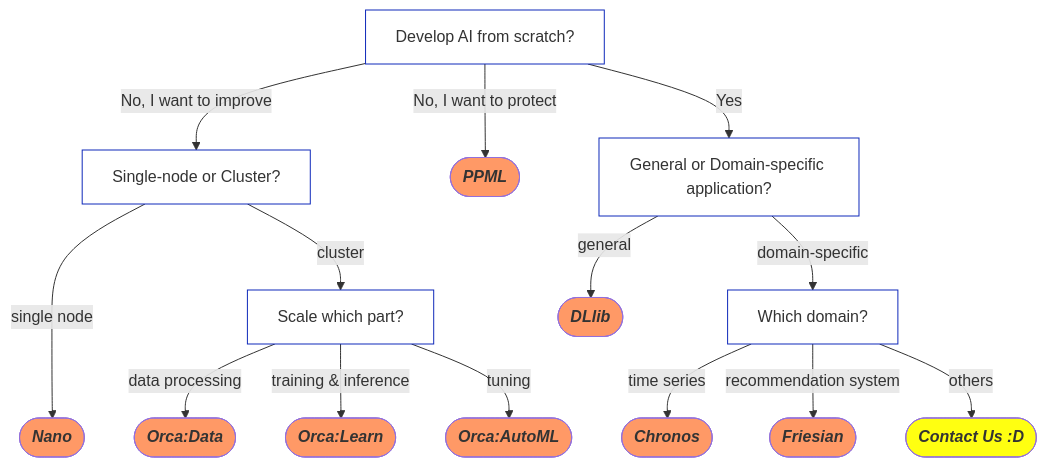
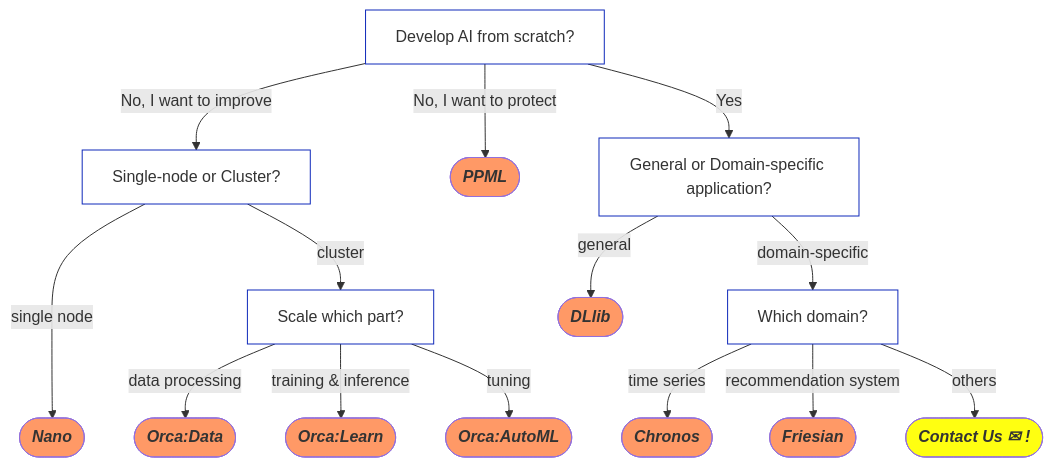
One commit to intel-analytics/ipex-llm changed the diagram in README.md. Above: the diagram before and after it, drawn with Mermaid.

````diff
--- a/README.md
+++ b/README.md
@@ -47,37 +47,37 @@
 ```mermaid
 flowchart TD;
     Feature1[Develop AI from scratch?];
     Feature1-- No, I want to improve -->Feature2[Single-node or Cluster?];
     Feature1-- No, I want to protect -->ReferPPML([<em><strong>PPML</strong></em>]);
     Feature1-- Yes --> Feature3[General or Domain-specific application?];
     Feature2-- single node --->ReferNano([<em><strong>Nano</strong></em>]);
     Feature2-- cluster -->Feature5[Scale which part?];
     Feature5-- data processing -->ReferOrcaData([<em><strong>Orca:Data </strong></em>]);
     Feature5-- training & inference -->ReferOrcaLearn([<em><strong>Orca:Learn </strong></em>]);
     Feature5-- tuning -->ReferOrcaAutoml([<em><strong>Orca:AutoML </strong></em>]);
     Feature3-- general -->ReferDLlib([<em><strong>DLlib</strong></em>]);
     Feature3-- domain-specific -->Feature4[Which domain?];
     Feature4-- time series -->ReferChronos([<em><strong>Chronos</strong></em>]);
     Feature4-- recommendation system -->ReferFriesian([<em><strong>Friesian</strong></em>]);
-    Feature4-- others -->ReferContact([<em><strong>Contact Us :D</strong></em>]);
+    Feature4-- others -->ReferContact([<em><strong>Contact Us &#x2709 !</strong></em>]);
 
     
     click ReferNano "README.md#Nano" "Refer to Nano" _parent
     click ReferOrcaData "https://bigdl.readthedocs.io/en/latest/doc/Orca/Overview/data-parallel-processing.html"
     click ReferOrcaLearn "https://bigdl.readthedocs.io/en/latest/doc/Orca/Overview/distributed-training-inference.html"
     click ReferOrcaAutoml "https://bigdl.readthedocs.io/en/latest/doc/Orca/Overview/distributed-tuning.html"
     click ReferDLlib "https://bigdl.readthedocs.io/en/latest/doc/DLlib/Overview/dllib.html"
     click ReferRayOnSpark "https://bigdl.readthedocs.io/en/latest/doc/Ray/Overview/ray.html"
     click ReferChronos "https://bigdl.readthedocs.io/en/latest/doc/Chronos/Overview/chronos.html"
     click ReferFriesian "https://bigdl.readthedocs.io/en/latest/doc/Chronos/Overview/chronos.html"
     click ReferPPML "https://bigdl.readthedocs.io/en/latest/doc/PPML/Overview/ppml.html"
-    click ReferContact "https://bigdl.readthedocs.io/"
+    click ReferContact "email:jason.dai@intel.com"
     
     classDef ReferStyle1 fill:#f96;
     classDef ReferStyle2 fill:#FF1;
     classDef Feature fill:#FFF,stroke:#0f29ba,stroke-width:1px;
     class ReferNano,ReferOrcaLearn,ReferOrcaData,ReferOrcaAutoml,ReferDLlib,ReferRayOnSpark,ReferChronos,ReferFriesian,ReferPPML ReferStyle1;
     class ReferContact, ReferStyle2
     class Feature1,Feature2,Feature3,Feature4,Feature5,Feature6,Feature7 Feature;
     
 ```
````
